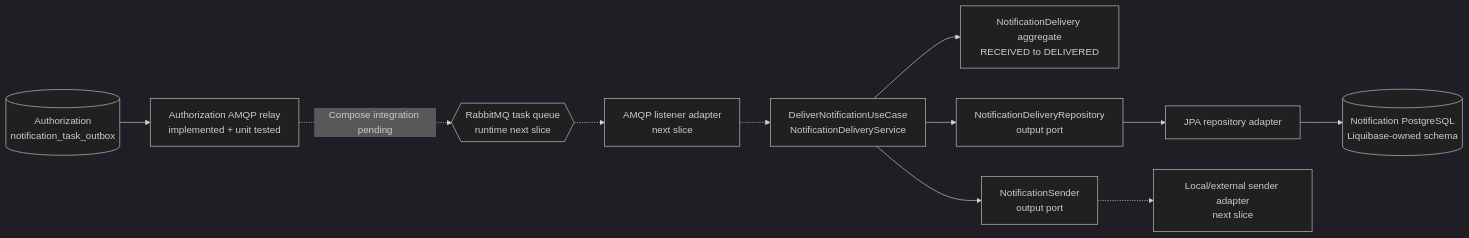
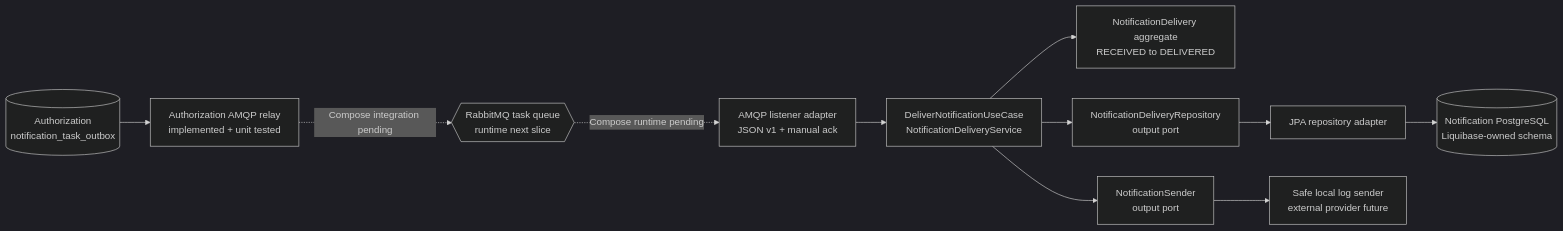
The first of 2 diagrams in docs/architecture/notification-worker.md (aydindemir1/health-insurance-platform), drawn with Mermaid (dark theme) before and after one commit. The commit also changed other lines of this file and 5 other files, not shown here.

````diff
--- a/docs/architecture/notification-worker.md
+++ b/docs/architecture/notification-worker.md
@@ -12,24 +13,24 @@
 ```mermaid
 flowchart LR
     Rabbit{{"RabbitMQ task queue<br/>runtime next slice"}}
     Producer[("Authorization<br/>notification_task_outbox")]
-    Listener["AMQP listener adapter<br/>next slice"]
+    Listener["AMQP listener adapter<br/>JSON v1 + manual ack"]
     UseCase["DeliverNotificationUseCase<br/>NotificationDeliveryService"]
     Aggregate["NotificationDelivery aggregate<br/>RECEIVED to DELIVERED"]
     RepositoryPort["NotificationDeliveryRepository<br/>output port"]
     SenderPort["NotificationSender<br/>output port"]
     Jpa["JPA repository adapter"]
-    Sender["Local/external sender adapter<br/>next slice"]
+    Sender["Safe local log sender<br/>external provider future"]
     Database[("Notification PostgreSQL<br/>Liquibase-owned schema")]
 
     Producer --> Relay["Authorization AMQP relay<br/>implemented + unit tested"]
     Relay -. "Compose integration pending" .-> Rabbit
-    Rabbit -.-> Listener
-    Listener -.-> UseCase
+    Rabbit -. "Compose runtime pending" .-> Listener
+    Listener --> UseCase
     UseCase --> Aggregate
     UseCase --> RepositoryPort
     UseCase --> SenderPort
     RepositoryPort --> Jpa
     Jpa --> Database
-    SenderPort -.-> Sender
+    SenderPort --> Sender
 ```
````
